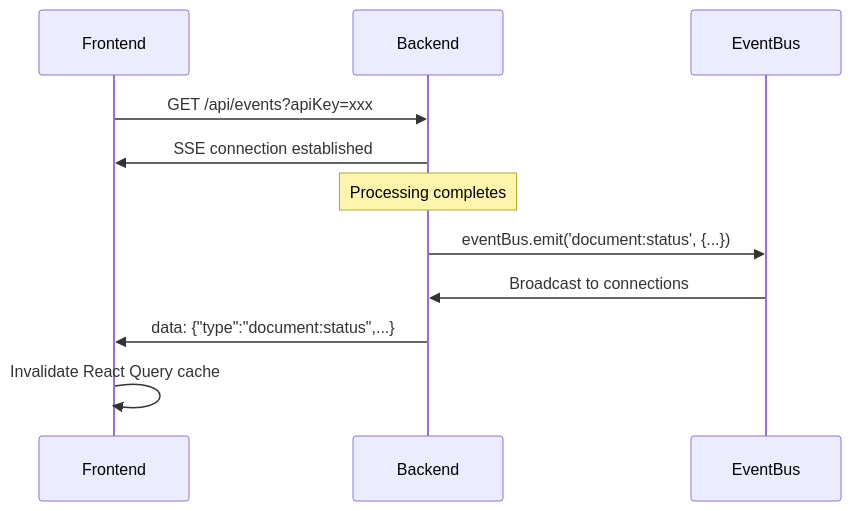
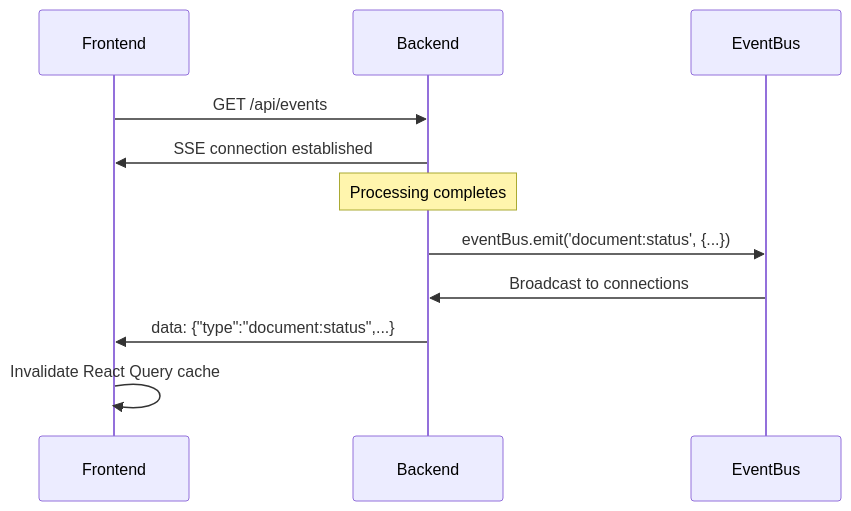
The fourth of 7 diagrams in docs/architecture.md (namtroi/RAGBase), drawn with Mermaid before and after one commit. The commit also changed other lines of this file and 22 other files, not shown here.

````diff
--- a/docs/architecture.md
+++ b/docs/architecture.md
@@ -145,15 +146,15 @@
 ```mermaid
 sequenceDiagram
     participant F as Frontend
     participant B as Backend
     participant E as EventBus
     
-    F->>B: GET /api/events?apiKey=xxx
+    F->>B: GET /api/events
     B->>F: SSE connection established
     
     Note over B: Processing completes
     B->>E: eventBus.emit('document:status', {...})
     E->>B: Broadcast to connections
     B->>F: data: {"type":"document:status",...}
     F->>F: Invalidate React Query cache
 ```
````
